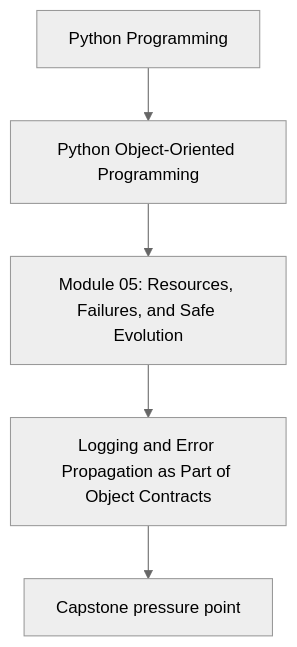
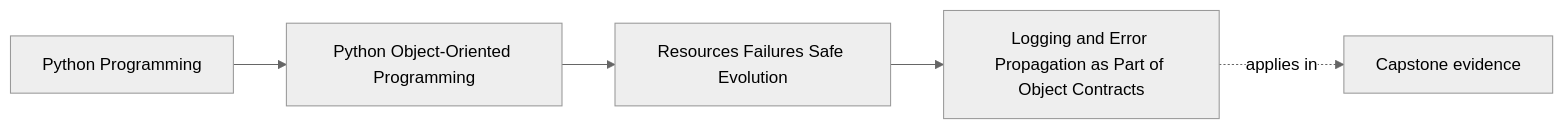
One commit to bijux/bijux-masterclass changed the first of 2 diagrams in programs/python-programming/python-object-oriented-programming/course-book/module-05-resources-failures-safe-evolution/logging-and-error-propagation.md. Above: the diagram before and after it, drawn with Mermaid (neutral theme). The commit also changed other lines of this file and 103 other files, not shown here.

Commit message:
docs(python-object-oriented-programming): map sustainment and capstone surfaces

````diff
--- a/programs/python-programming/python-object-oriented-programming/course-book/module-05-resources-failures-safe-evolution/logging-and-error-propagation.md
+++ b/programs/python-programming/python-object-oriented-programming/course-book/module-05-resources-failures-safe-evolution/logging-and-error-propagation.md
@@ -7,7 +7,11 @@
 ```mermaid
-flowchart TD
-  family["Python Programming"] --> program["Python Object-Oriented Programming"]
-  program --> module["Module 05: Resources, Failures, and Safe Evolution"]
-  module --> concept["Logging and Error Propagation as Part of Object Contracts"]
-  concept --> capstone["Capstone pressure point"]
+graph LR
+  family["Python Programming"]
+  program["Python Object-Oriented Programming"]
+  section["Resources Failures Safe Evolution"]
+  page["Logging and Error Propagation as Part of Object Contracts"]
+  capstone["Capstone evidence"]
+
+  family --> program --> section --> page
+  page -.applies in.-> capstone
 ```
````
